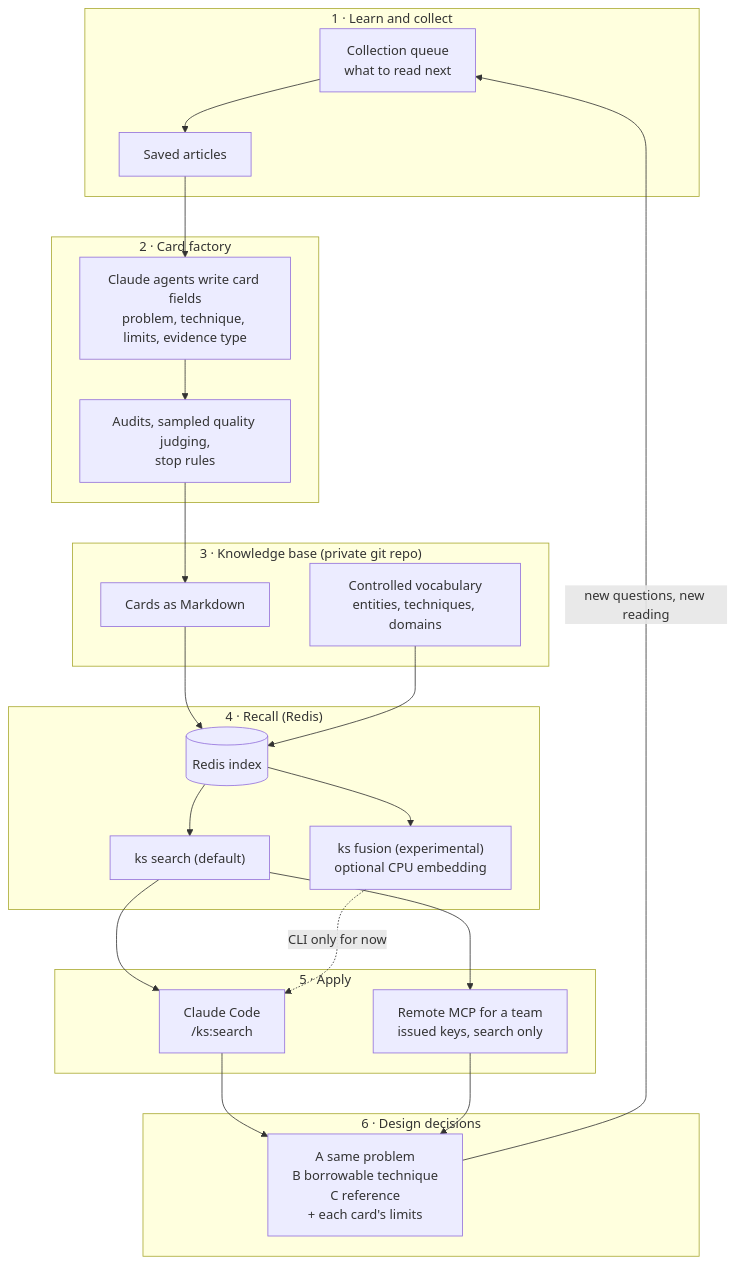
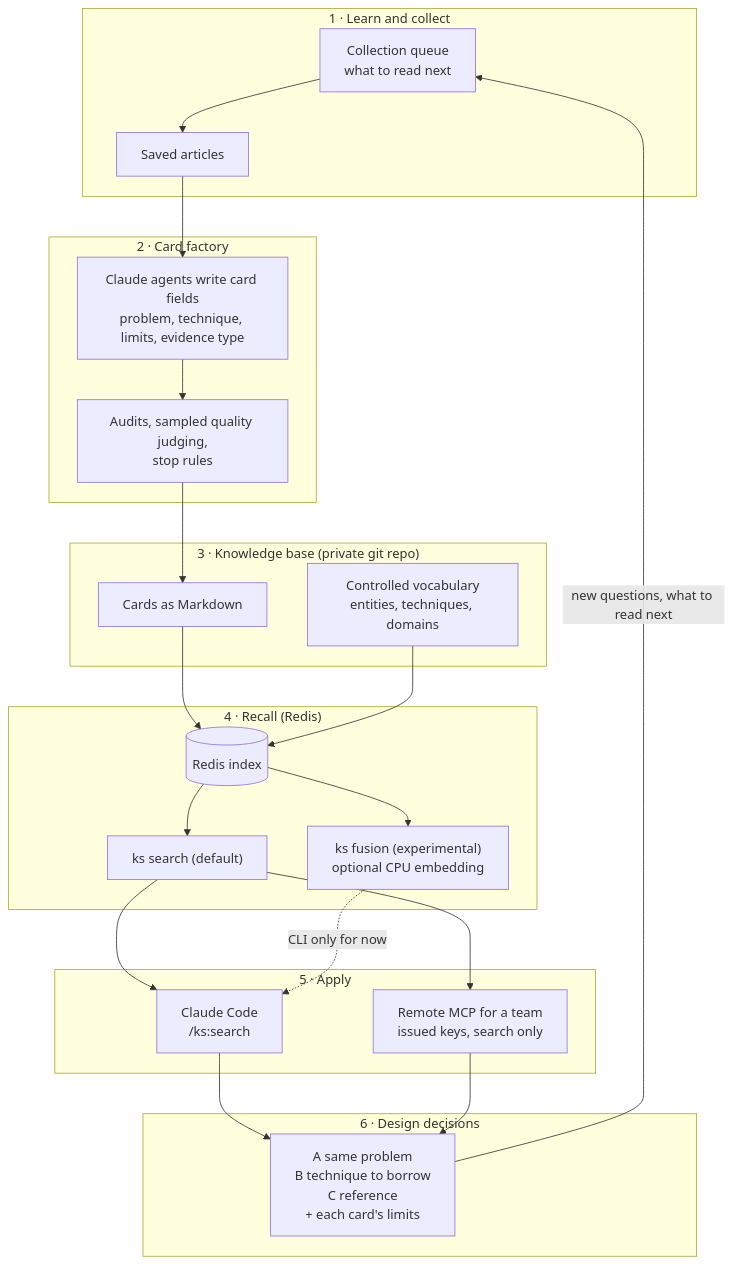
The second of 3 diagrams in README.md (ai-dev-methodologies/knowledge-scout), drawn with Mermaid before and after one commit. The commit also changed other lines of this file and 1 other file, not shown here.

First line of the commit message:
docs: README rewritten with writing skills — overview, concept and impact, origin story, architecture

````diff
--- a/README.md
+++ b/README.md
@@ -43,31 +63,31 @@
 ```mermaid
 flowchart TB
     subgraph S1["1 · Learn and collect"]
         Q["Collection queue<br/>what to read next"] --> SA["Saved articles"]
     end
     subgraph S2["2 · Card factory"]
         CW["Claude agents write card fields<br/>problem, technique, limits, evidence type"] --> QC["Audits, sampled quality judging,<br/>stop rules"]
     end
     subgraph S3["3 · Knowledge base (private git repo)"]
         CM["Cards as Markdown"]
         VO["Controlled vocabulary<br/>entities, techniques, domains"]
     end
     subgraph S4["4 · Recall (Redis)"]
         IX[("Redis index")] --> KS["ks search (default)"]
         IX --> KF["ks fusion (experimental)<br/>optional CPU embedding"]
     end
     subgraph S5["5 · Apply"]
         CC["Claude Code<br/>/ks:search"]
         MC["Remote MCP for a team<br/>issued keys, search only"]
     end
     subgraph S6["6 · Design decisions"]
-        DD["A same problem<br/>B borrowable technique<br/>C reference<br/>+ each card's limits"]
+        DD["A same problem<br/>B technique to borrow<br/>C reference<br/>+ each card's limits"]
     end
     SA --> CW
     QC --> CM
     CM & VO --> IX
     KS --> CC & MC
     KF -.->|"CLI only for now"| CC
     CC & MC --> DD
-    DD -->|"new questions, new reading"| Q
+    DD -->|"new questions, what to read next"| Q
 ```
````
